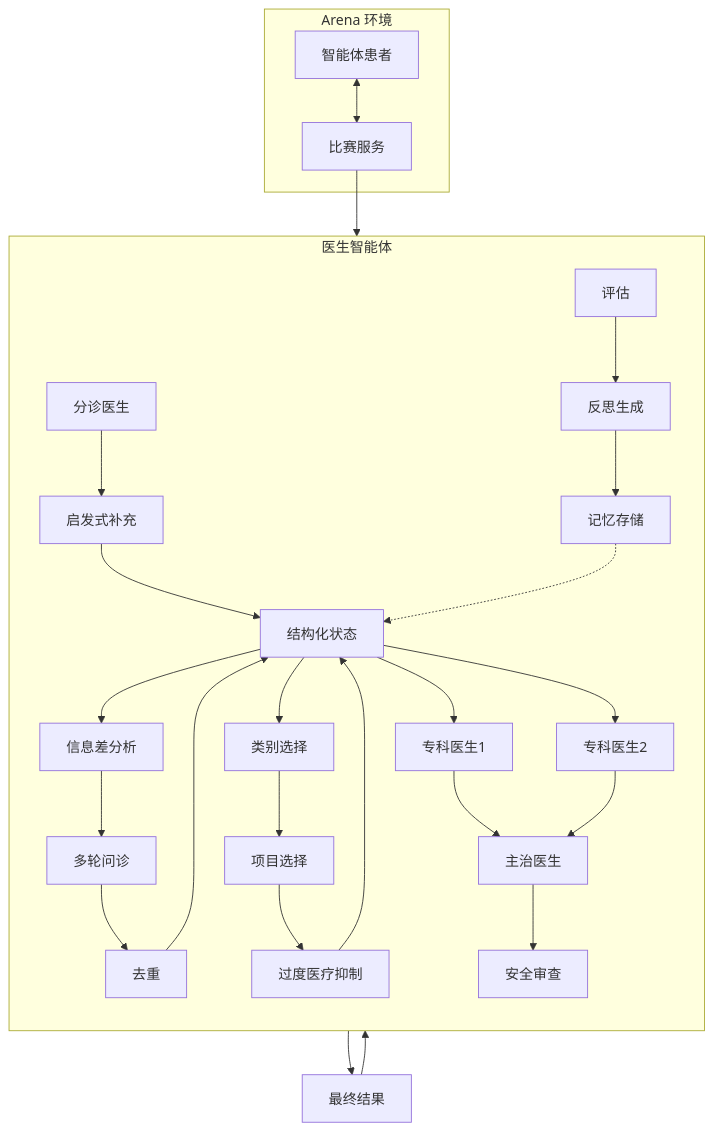
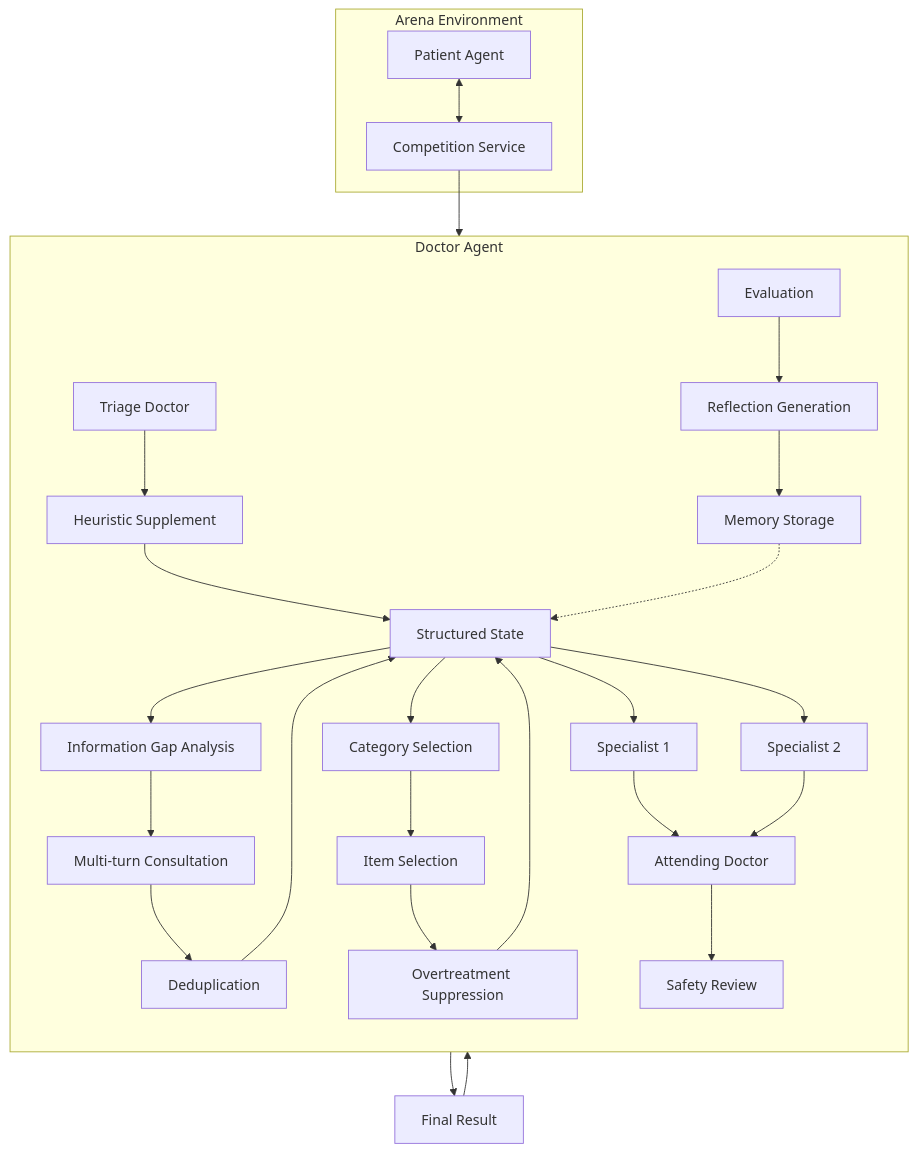
The first of 6 diagrams in docs_architecture.md (G1en-114/yixiao), drawn with Mermaid before and after one commit. The commit also changed other lines of this file and 90 other files, not shown here.

````diff
--- a/docs_architecture.md
+++ b/docs_architecture.md
@@ -33,50 +32,50 @@
 ```mermaid
 flowchart TB
-    subgraph ARENA["Arena 环境"]
-        P["智能体患者"]
-        S["比赛服务"]
+    subgraph ARENA["Arena Environment"]
+        P["Patient Agent"]
+        S["Competition Service"]
     end
 
-    subgraph AGENT["医生智能体"]
+    subgraph AGENT["Doctor Agent"]
         direction TB
-        ST["结构化状态"]
-        T["分诊医生"]
-        H["启发式补充"]
-        G["信息差分析"]
-        A["多轮问诊"]
-        D["去重"]
-        EC["类别选择"]
-        EI["项目选择"]
-        SE["过度医疗抑制"]
-        SP1["专科医生1"]
-        SP2["专科医生2"]
-        AT["主治医生"]
-        SF["安全审查"]
-        EV["评估"]
-        RF["反思生成"]
-        ME["记忆存储"]
+        ST["Structured State"]
+        T["Triage Doctor"]
+        H["Heuristic Supplement"]
+        G["Information Gap Analysis"]
+        A["Multi-turn Consultation"]
+        D["Deduplication"]
+        EC["Category Selection"]
+        EI["Item Selection"]
+        SE["Overtreatment Suppression"]
+        SP1["Specialist 1"]
+        SP2["Specialist 2"]
+        AT["Attending Doctor"]
+        SF["Safety Review"]
+        EV["Evaluation"]
+        RF["Reflection Generation"]
+        ME["Memory Storage"]
     end
 
     P <--> S
     S --> AGENT
     T --> H
     H --> ST
     ST --> G
     G --> A
     A --> D
     D --> ST
     ST --> EC
     EC --> EI
     EI --> SE
     SE --> ST
     ST --> SP1
     ST --> SP2
     SP1 --> AT
     SP2 --> AT
     AT --> SF
-    SF --> OUT["最终结果"]
+    SF --> OUT["Final Result"]
     OUT --> EV
     EV --> RF
     RF --> ME
     ME -.-> ST
 ```
````
